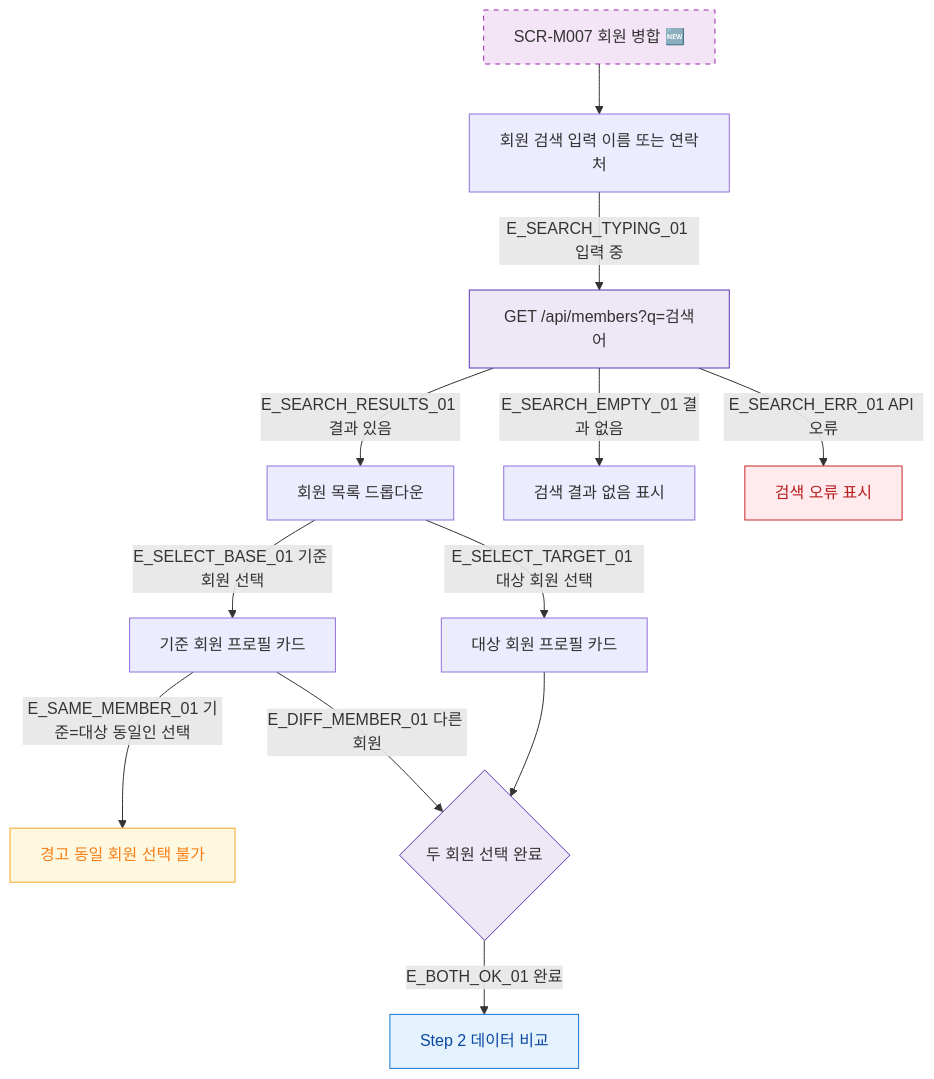
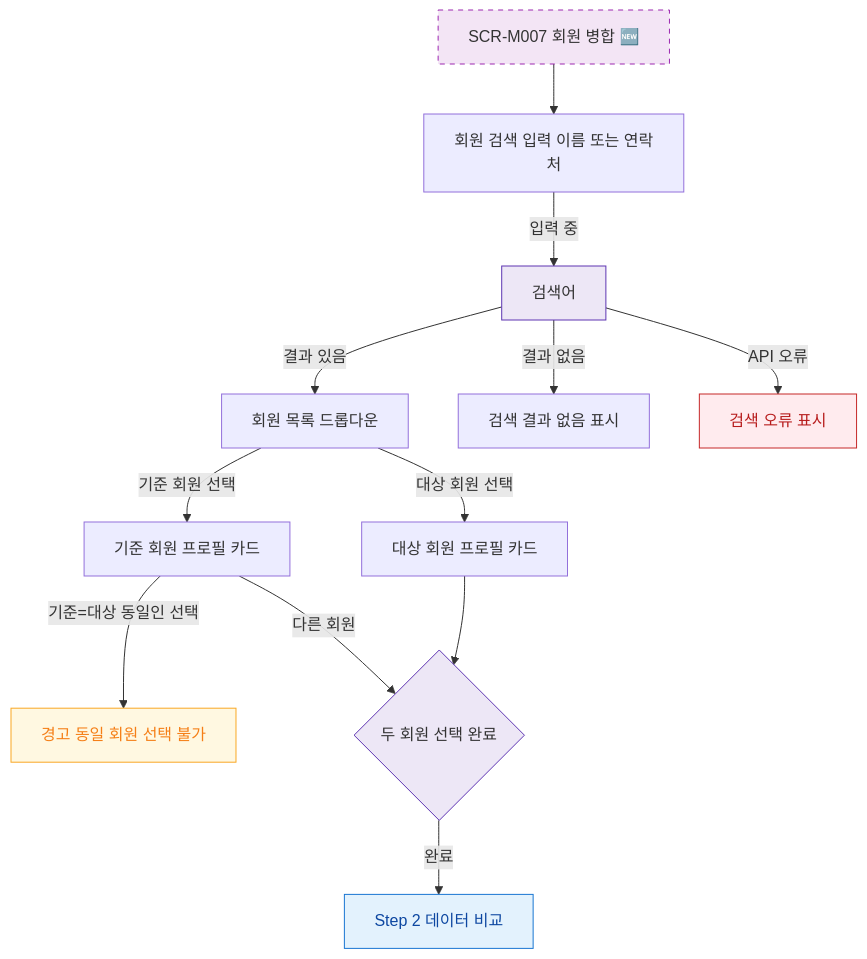
The diagram in docs/다이어그램/D02_회원관리/SCR-M007_회원병합/F4_필터검색.md (dev-spogym/admin-pando), drawn with Mermaid before and after one commit. The commit also changed other lines of this file and 1660 other files, not shown here.

First line of the commit message:
다이어그램: 기획자/클라이언트 납품본으로 정리

````diff
--- a/docs/다이어그램/D02_회원관리/SCR-M007_회원병합/F4_필터검색.md
+++ b/docs/다이어그램/D02_회원관리/SCR-M007_회원병합/F4_필터검색.md
@@ -22,33 +20,33 @@
 ```mermaid
 flowchart TD
   SCR_M007[SCR-M007 회원 병합 🆕]
 
   SCR_M007 --> SEARCH_INPUT[회원 검색 입력 이름 또는 연락처]
 
-  SEARCH_INPUT -->|E_SEARCH_TYPING_01 입력 중| API_SEARCH[GET /api/members?q=검색어]
+  SEARCH_INPUT -->|입력 중|API_SEARCH[검색어]
 
-  API_SEARCH -->|E_SEARCH_RESULTS_01 결과 있음| RESULT_LIST[회원 목록 드롭다운]
-  API_SEARCH -->|E_SEARCH_EMPTY_01 결과 없음| RESULT_EMPTY[검색 결과 없음 표시]
-  API_SEARCH -->|E_SEARCH_ERR_01 API 오류| RESULT_ERR[검색 오류 표시]
+  API_SEARCH -->|결과 있음|RESULT_LIST[회원 목록 드롭다운]
+  API_SEARCH -->|결과 없음|RESULT_EMPTY[검색 결과 없음 표시]
+  API_SEARCH -->|API 오류|RESULT_ERR[검색 오류 표시]
 
-  RESULT_LIST -->|E_SELECT_BASE_01 기준 회원 선택| BASE_CARD[기준 회원 프로필 카드]
-  RESULT_LIST -->|E_SELECT_TARGET_01 대상 회원 선택| TARGET_CARD[대상 회원 프로필 카드]
+  RESULT_LIST -->|기준 회원 선택|BASE_CARD[기준 회원 프로필 카드]
+  RESULT_LIST -->|대상 회원 선택|TARGET_CARD[대상 회원 프로필 카드]
 
-  BASE_CARD -->|E_SAME_MEMBER_01 기준=대상 동일인 선택| WARN_SAME[경고 동일 회원 선택 불가]
-  BASE_CARD -->|E_DIFF_MEMBER_01 다른 회원| BOTH_READY{두 회원 선택 완료}
+  BASE_CARD -->|기준=대상 동일인 선택|WARN_SAME[경고 동일 회원 선택 불가]
+  BASE_CARD -->|다른 회원|BOTH_READY{두 회원 선택 완료}
   TARGET_CARD --> BOTH_READY
 
-  BOTH_READY -->|E_BOTH_OK_01 완료| STEP2[Step 2 데이터 비교]
+  BOTH_READY -->|완료|STEP2[Step 2 데이터 비교]
 
-  classDef screen     fill:#E3F2FD,stroke:#1976D2,color:#0D47A1
+  classDef screen fill:#E3F2FD,stroke:#1976D2,color:#0D47A1
   classDef newFeature fill:#F3E5F5,stroke:#9C27B0,stroke-dasharray:5 5
-  classDef warning    fill:#FFF8E1,stroke:#F9A825,color:#F57F17
-  classDef error      fill:#FFEBEE,stroke:#C62828,color:#B71C1C
-  classDef system     fill:#EDE7F6,stroke:#5E35B2
+  classDef warning fill:#FFF8E1,stroke:#F9A825,color:#F57F17
+  classDef error fill:#FFEBEE,stroke:#C62828,color:#B71C1C
+  classDef system fill:#EDE7F6,stroke:#5E35B2
 
   class SCR_M007 newFeature
   class STEP2 screen
   class WARN_SAME warning
   class RESULT_ERR error
   class API_SEARCH,BOTH_READY system
 ```
````
